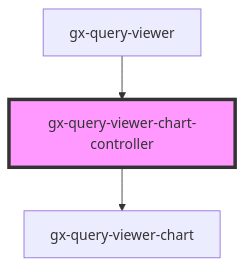
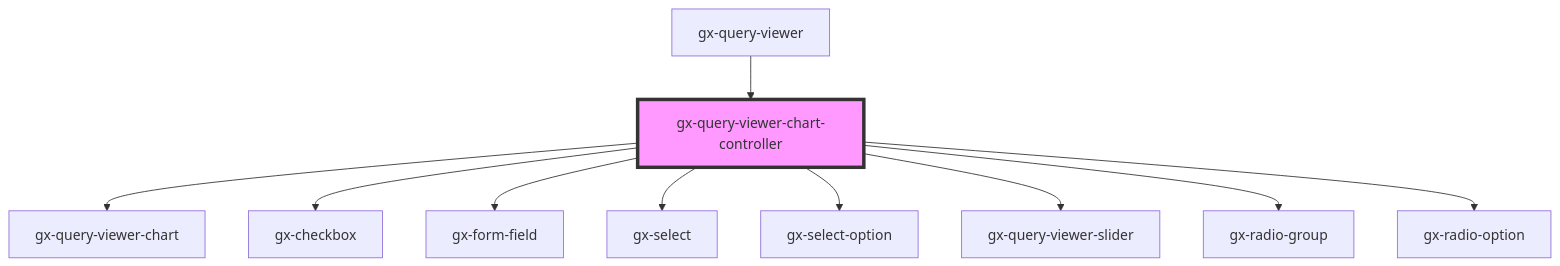
Before and after one commit to genexuslabs/reporting-controls-library: the diagram in src/components/query-viewer-chart/controller/readme.md, drawn with Mermaid. The commit also changed other lines of this file and 5 other files, not shown here.

````diff
--- a/src/components/query-viewer-chart/controller/readme.md
+++ b/src/components/query-viewer-chart/controller/readme.md
@@ -33,6 +41,13 @@
 ```mermaid
 graph TD;
   gx-query-viewer-chart-controller --> gx-query-viewer-chart
+  gx-query-viewer-chart-controller --> gx-checkbox
+  gx-query-viewer-chart-controller --> gx-form-field
+  gx-query-viewer-chart-controller --> gx-select
+  gx-query-viewer-chart-controller --> gx-select-option
+  gx-query-viewer-chart-controller --> gx-query-viewer-slider
+  gx-query-viewer-chart-controller --> gx-radio-group
+  gx-query-viewer-chart-controller --> gx-radio-option
   gx-query-viewer --> gx-query-viewer-chart-controller
   style gx-query-viewer-chart-controller fill:#f9f,stroke:#333,stroke-width:4px
 ```
````
